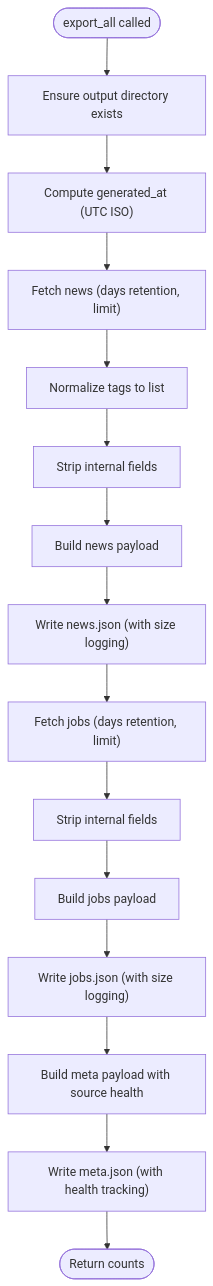
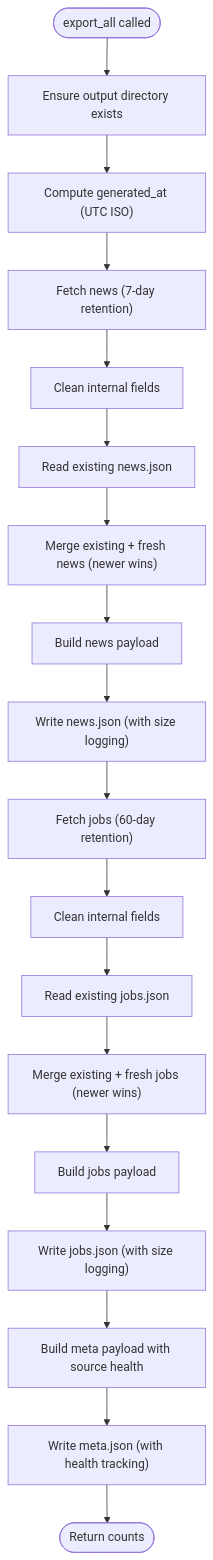
One commit to shakthi-vinayak/news changed the third of 6 diagrams in .qoder/repowiki/en/content/Data Management/JSON Export System.md. Above: the diagram before and after it, drawn with Mermaid. The commit also changed other lines of this file and 55 other files, not shown here.

````diff
--- a/.qoder/repowiki/en/content/Data Management/JSON Export System.md
+++ b/.qoder/repowiki/en/content/Data Management/JSON Export System.md
@@ -178,17 +180,20 @@
 ```mermaid
 flowchart TD
 Start(["export_all called"]) --> OutDir["Ensure output directory exists"]
 OutDir --> GenTime["Compute generated_at (UTC ISO)"]
-GenTime --> FetchNews["Fetch news (days retention, limit)"]
-FetchNews --> NormalizeTags["Normalize tags to list"]
-NormalizeTags --> StripFieldsN["Strip internal fields"]
-StripFieldsN --> BuildNews["Build news payload"]
+GenTime --> FetchNews["Fetch news (7-day retention)"]
+FetchNews --> CleanNews["Clean internal fields"]
+CleanNews --> ReadExistingN["Read existing news.json"]
+ReadExistingN --> MergeNews["Merge existing + fresh news (newer wins)"]
+MergeNews --> BuildNews["Build news payload"]
 BuildNews --> WriteNews["Write news.json (with size logging)"]
-WriteNews --> FetchJobs["Fetch jobs (days retention, limit)"]
-FetchJobs --> StripFieldsJ["Strip internal fields"]
-StripFieldsJ --> BuildJobs["Build jobs payload"]
+WriteNews --> FetchJobs["Fetch jobs (60-day retention)"]
+FetchJobs --> CleanJobs["Clean internal fields"]
+CleanJobs --> ReadExistingJ["Read existing jobs.json"]
+ReadExistingJ --> MergeJobs["Merge existing + fresh jobs (newer wins)"]
+MergeJobs --> BuildJobs["Build jobs payload"]
 BuildJobs --> WriteJobs["Write jobs.json (with size logging)"]
 WriteJobs --> BuildMeta["Build meta payload with source health"]
 BuildMeta --> WriteMeta["Write meta.json (with health tracking)"]
 WriteMeta --> Done(["Return counts"])
 ```
````
